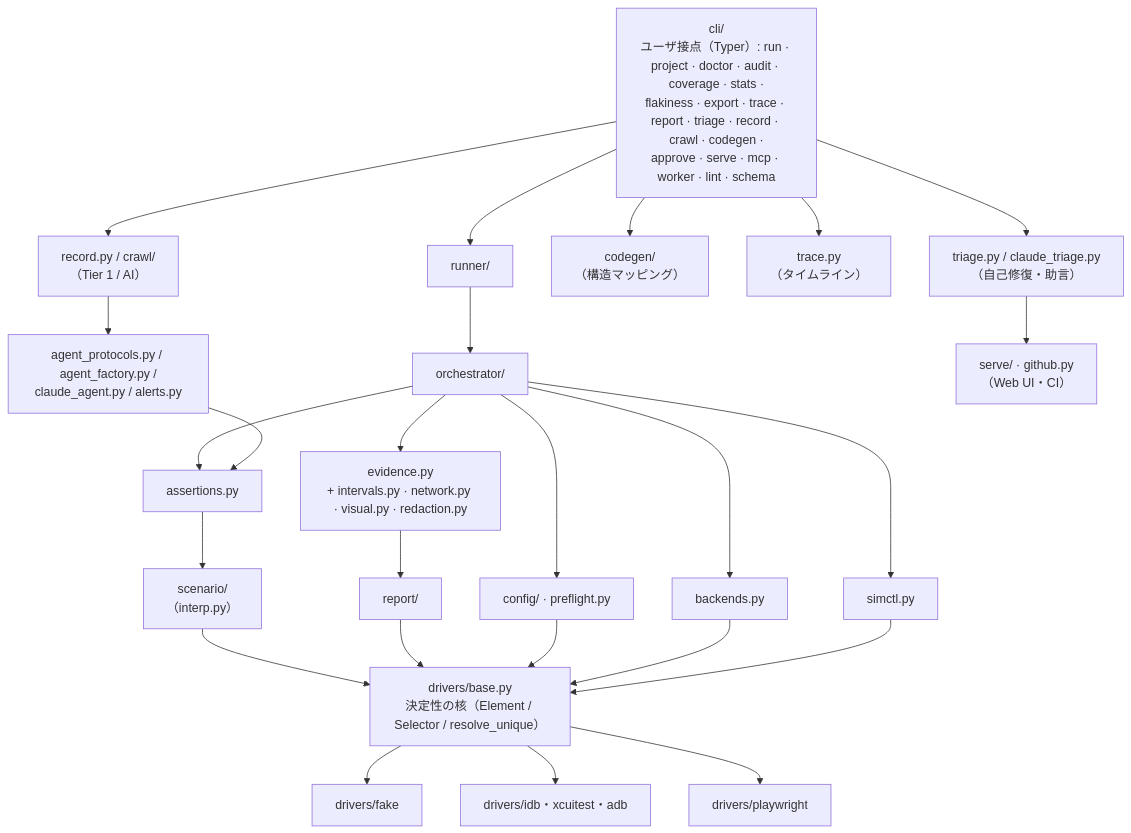
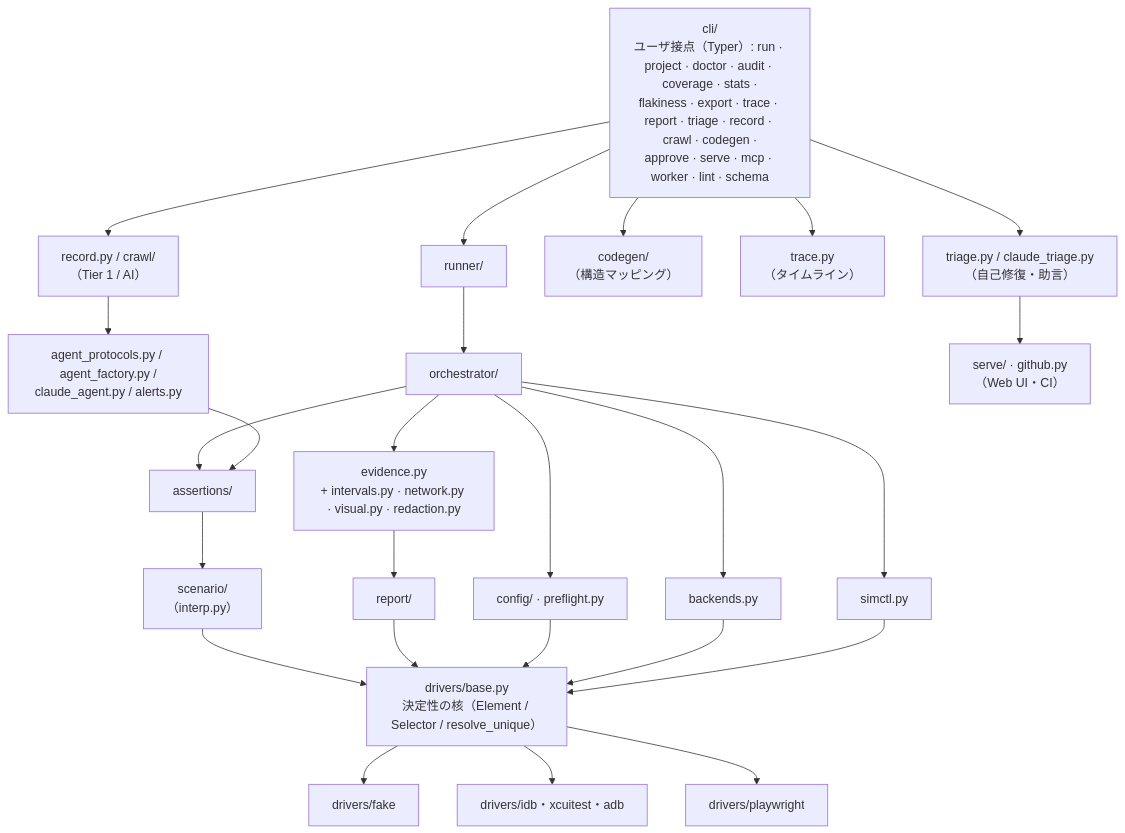
The second of 2 diagrams in docs/ja/architecture.md (bajutsu-e2e/bajutsu), drawn with Mermaid before and after one commit. The commit also changed other lines of this file and 12 other files, not shown here.

````diff
--- a/docs/ja/architecture.md
+++ b/docs/ja/architecture.md
@@ -137,59 +137,59 @@
 ```mermaid
 flowchart TB
     cli["cli/<br/>ユーザ接点（Typer）: run · project · doctor · audit · coverage · stats ·<br/>flakiness · export · trace · report · triage · record · crawl · codegen ·<br/>approve · serve · mcp · worker · lint · schema"]
 
     runner["runner/"]
     record["record.py / crawl/<br/>（Tier 1 / AI）"]
     codegen["codegen/<br/>（構造マッピング）"]
     trace["trace.py<br/>（タイムライン）"]
     triage["triage.py / claude_triage.py<br/>（自己修復・助言）"]
 
     orch["orchestrator/"]
     agentStuff["agent_protocols.py / agent_factory.py /<br/>claude_agent.py / alerts.py"]
     serveGh["serve/ · github.py<br/>（Web UI・CI）"]
 
-    assertions["assertions.py"]
+    assertions["assertions/"]
     evidence["evidence.py<br/>+ intervals.py · network.py · visual.py · redaction.py"]
 
     scenario["scenario/<br/>（interp.py）"]
     report["report/"]
     config["config/ · preflight.py"]
     backends["backends.py"]
     simctl["simctl.py"]
 
     base["drivers/base.py<br/>決定性の核（Element / Selector / resolve_unique）"]
 
     fake["drivers/fake"]
     ios["drivers/idb・xcuitest・adb"]
     pw["drivers/playwright"]
 
     cli --> runner
     cli --> record
     cli --> codegen
     cli --> trace
     cli --> triage
 
     runner --> orch
     record --> agentStuff
     triage --> serveGh
 
     orch --> assertions
     orch --> evidence
     agentStuff --> assertions
 
     assertions --> scenario
     evidence --> report
     orch --> config
     orch --> backends
     orch --> simctl
 
     scenario --> base
     report --> base
     config --> base
     backends --> base
     simctl --> base
 
     base --> fake
     base --> ios
     base --> pw
 ```
````
